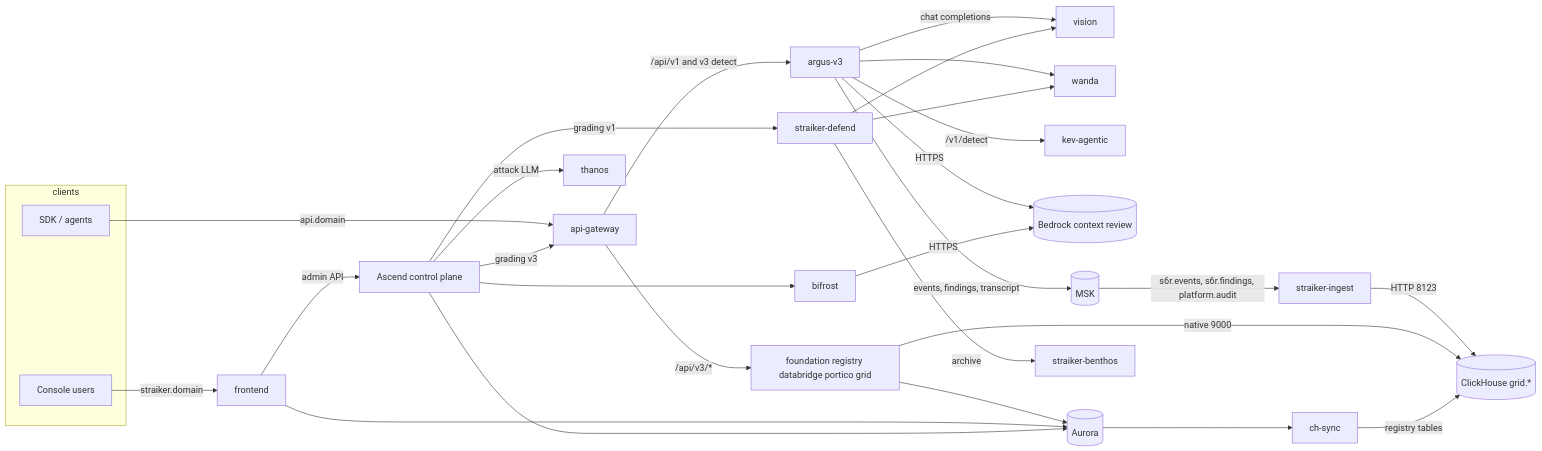
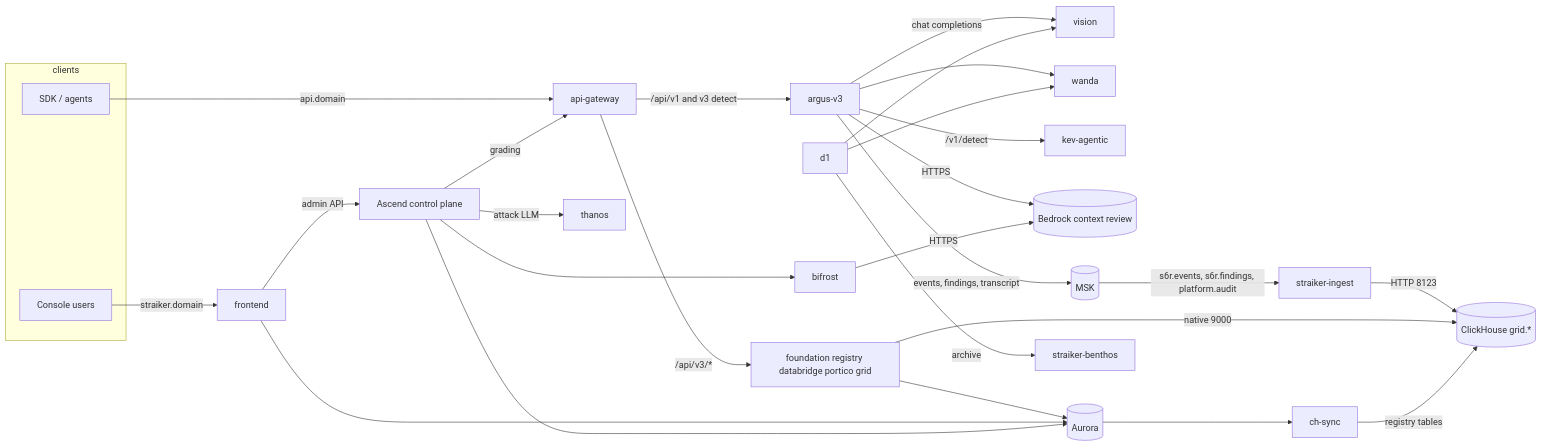
Before and after one commit to straiker-ai/onprem-installer: the second of 2 diagrams in doc/architecture.md, drawn with Mermaid. The commit also changed other lines of this file and 37 other files, not shown here.

````diff
--- a/doc/architecture.md
+++ b/doc/architecture.md
@@ -180,32 +178,31 @@
 ```mermaid
 flowchart LR
   subgraph clients
     sdk[SDK / agents]
     ui[Console users]
   end
   sdk -->|api.domain| gw[api-gateway]
   ui -->|straiker.domain| fe[frontend]
   gw -->|/api/v1 and v3 detect| a3[argus-v3]
   gw -->|/api/v3/*| p[foundation registry databridge portico grid]
   a3 -->|chat completions| vis[vision]
   a3 --> wan[wanda]
   a3 -->|/v1/detect| kev[kev-agentic]
   a3 -->|HTTPS| br[(Bedrock context review)]
   a3 -->|events, findings, transcript| msk[(MSK)]
   msk -->|s6r.events, s6r.findings, platform.audit| ing[straiker-ingest]
   ing -->|HTTP 8123| chd[(ClickHouse grid.*)]
   p -->|native 9000| chd
   p --> pg[(Aurora)]
   chs[ch-sync] -->|registry tables| chd
   pg --> chs
   fe --> pg
   fe -->|admin API| asc[Ascend control plane]
-  asc -->|grading v1| d1[straiker-defend]
-  asc -->|grading v3| gw
+  asc -->|grading| gw
   asc -->|attack LLM| th[thanos]
   asc --> bf[bifrost] -->|HTTPS| br
   asc --> pg
   d1 --> vis
   d1 --> wan
   d1 -->|archive| ben[straiker-benthos]
 ```
````
